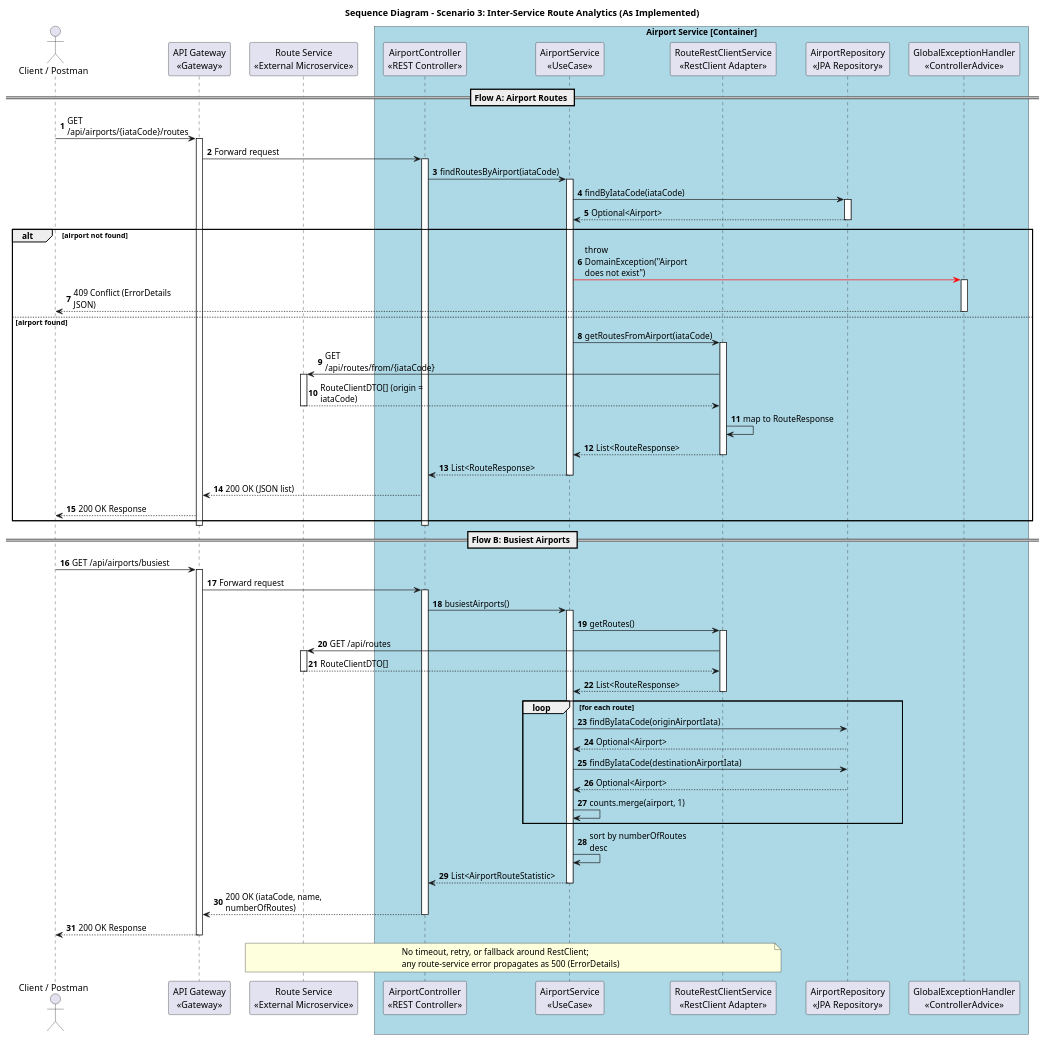
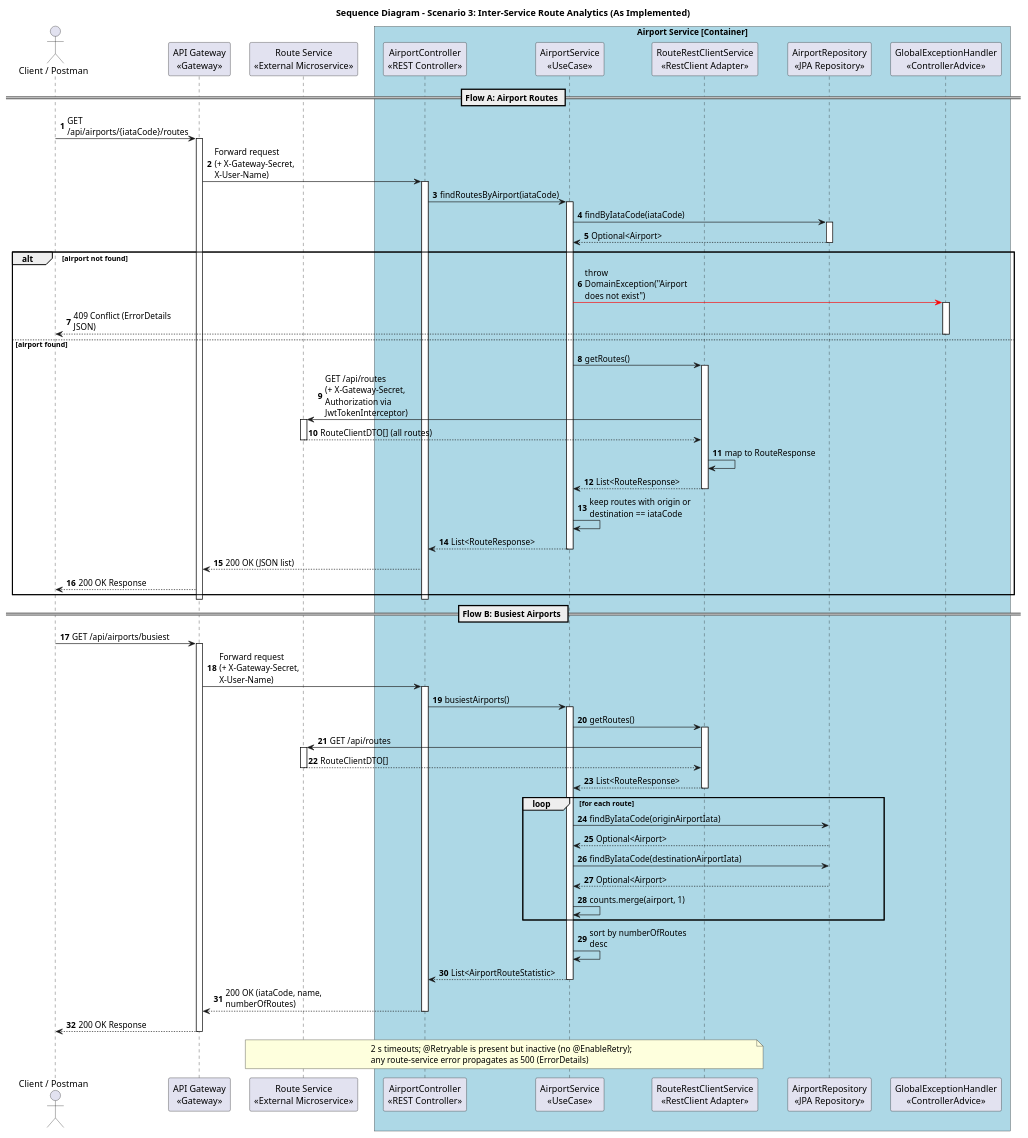
Before and after one commit to 8126Lucas/SIDIS_G6_3DA: the diagram in airport-service/docs/sequence-diagrams/scenario-3-route-analytics.puml, drawn with PlantUML. The commit also changed 52 other files, not shown here.

First line of the commit message:
Enhance API Specification and Architecture Documentation

```diff
--- a/airport-service/docs/sequence-diagrams/scenario-3-route-analytics.puml
+++ b/airport-service/docs/sequence-diagrams/scenario-3-route-analytics.puml
@@ -1,103 +1,104 @@
 @startuml
 skinparam responseMessageBelowArrow true
 skinparam maxMessageSize 180
 skinparam boxPadding 10
 skinparam participantPadding 10
 skinparam shadowing false
 
 title Sequence Diagram - Scenario 3: Inter-Service Route Analytics (As Implemented)
 
 autonumber
 
 actor "Client / Postman" as client
 participant "API Gateway\n<<Gateway>>" as gateway
 participant "AirportController\n<<REST Controller>>" as controller
 participant "AirportService\n<<UseCase>>" as airport_uc
 participant "RouteRestClientService\n<<RestClient Adapter>>" as route_client
 participant "AirportRepository\n<<JPA Repository>>" as repo
 participant "GlobalExceptionHandler\n<<ControllerAdvice>>" as exception_handler
 participant "Route Service\n<<External Microservice>>" as route_api
 
 box "Airport Service [Container]" #LightBlue
     participant controller
     participant airport_uc
     participant route_client
     participant repo
     participant exception_handler
 end box
 
 == Flow A: Airport Routes ==
 
 client -> gateway : GET /api/airports/{iataCode}/routes
 activate gateway
-gateway -> controller : Forward request
+gateway -> controller : Forward request\n(+ X-Gateway-Secret, X-User-Name)
 activate controller
 
 controller -> airport_uc : findRoutesByAirport(iataCode)
 activate airport_uc
 airport_uc -> repo : findByIataCode(iataCode)
 activate repo
 repo --> airport_uc : Optional<Airport>
 deactivate repo
 
 alt airport not found
     airport_uc -[#red]> exception_handler : throw DomainException("Airport does not exist")
     activate exception_handler
     exception_handler --> client : 409 Conflict (ErrorDetails JSON)
     deactivate exception_handler
 else airport found
-    airport_uc -> route_client : getRoutesFromAirport(iataCode)
+    airport_uc -> route_client : getRoutes()
     activate route_client
-    route_client -> route_api : GET /api/routes/from/{iataCode}
+    route_client -> route_api : GET /api/routes\n(+ X-Gateway-Secret, Authorization via JwtTokenInterceptor)
     activate route_api
-    route_api --> route_client : RouteClientDTO[] (origin = iataCode)
+    route_api --> route_client : RouteClientDTO[] (all routes)
     deactivate route_api
     route_client -> route_client : map to RouteResponse
     route_client --> airport_uc : List<RouteResponse>
     deactivate route_client
+    airport_uc -> airport_uc : keep routes with origin or destination == iataCode
     airport_uc --> controller : List<RouteResponse>
     deactivate airport_uc
     controller --> gateway : 200 OK (JSON list)
     gateway --> client : 200 OK Response
 end
 deactivate controller
 deactivate gateway
 
 == Flow B: Busiest Airports ==
 
 client -> gateway : GET /api/airports/busiest
 activate gateway
-gateway -> controller : Forward request
+gateway -> controller : Forward request\n(+ X-Gateway-Secret, X-User-Name)
 activate controller
 
 controller -> airport_uc : busiestAirports()
 activate airport_uc
 
 airport_uc -> route_client : getRoutes()
 activate route_client
 route_client -> route_api : GET /api/routes
 activate route_api
 route_api --> route_client : RouteClientDTO[]
 deactivate route_api
 route_client --> airport_uc : List<RouteResponse>
 deactivate route_client
 
 loop for each route
     airport_uc -> repo : findByIataCode(originAirportIata)
     repo --> airport_uc : Optional<Airport>
     airport_uc -> repo : findByIataCode(destinationAirportIata)
     repo --> airport_uc : Optional<Airport>
     airport_uc -> airport_uc : counts.merge(airport, 1)
 end
 
 airport_uc -> airport_uc : sort by numberOfRoutes desc
 airport_uc --> controller : List<AirportRouteStatistic>
 deactivate airport_uc
 controller --> gateway : 200 OK (iataCode, name, numberOfRoutes)
 deactivate controller
 gateway --> client : 200 OK Response
 deactivate gateway
 
-note over route_client, route_api : No timeout, retry, or fallback around RestClient;\nany route-service error propagates as 500 (ErrorDetails)
+note over route_client, route_api : 2 s timeouts; @Retryable is present but inactive (no @EnableRetry);\nany route-service error propagates as 500 (ErrorDetails)
 
 @enduml
```
